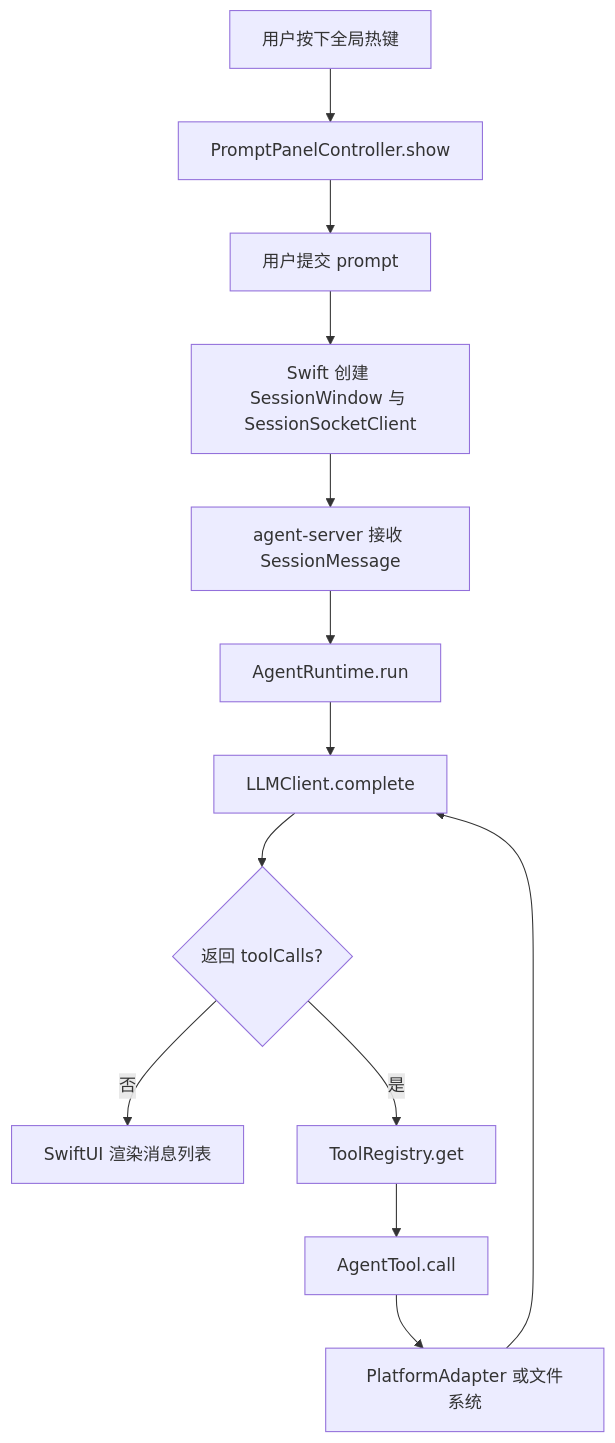
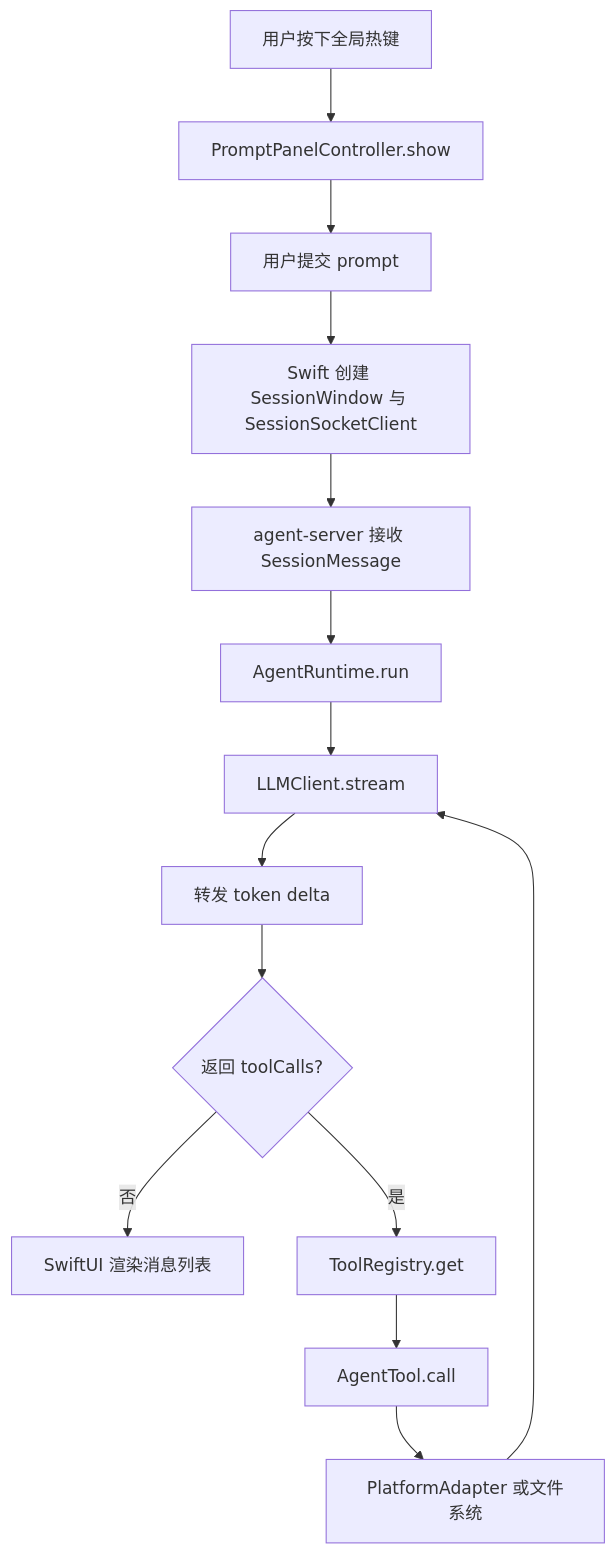
One commit to Lixuhang987/SpotAgent changed the second of 2 diagrams in handAgent.md. Above: the diagram before and after it, drawn with Mermaid. The commit also changed other lines of this file and 20 other files, not shown here.

````diff
--- a/handAgent.md
+++ b/handAgent.md
@@ -36,15 +36,16 @@
 ```mermaid
 flowchart TD
   A[用户按下全局热键] --> B[PromptPanelController.show]
   B --> C[用户提交 prompt]
   C --> D[Swift 创建 SessionWindow 与 SessionSocketClient]
   D --> E[agent-server 接收 SessionMessage]
   E --> F[AgentRuntime.run]
-  F --> G[LLMClient.complete]
-  G --> H{返回 toolCalls?}
+  F --> G[LLMClient.stream]
+  G --> G1[转发 token delta]
+  G1 --> H{返回 toolCalls?}
   H -- 否 --> I[SwiftUI 渲染消息列表]
   H -- 是 --> J[ToolRegistry.get]
   J --> K[AgentTool.call]
   K --> L[PlatformAdapter 或文件系统]
   L --> G
 ```
````
